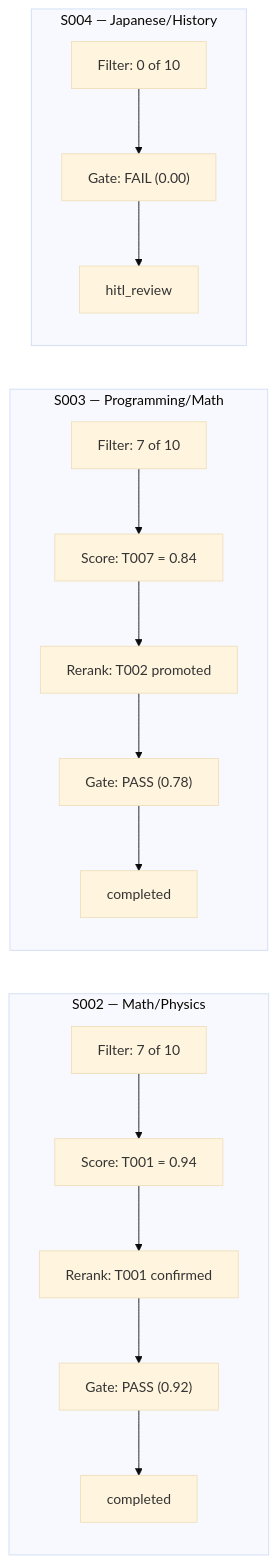
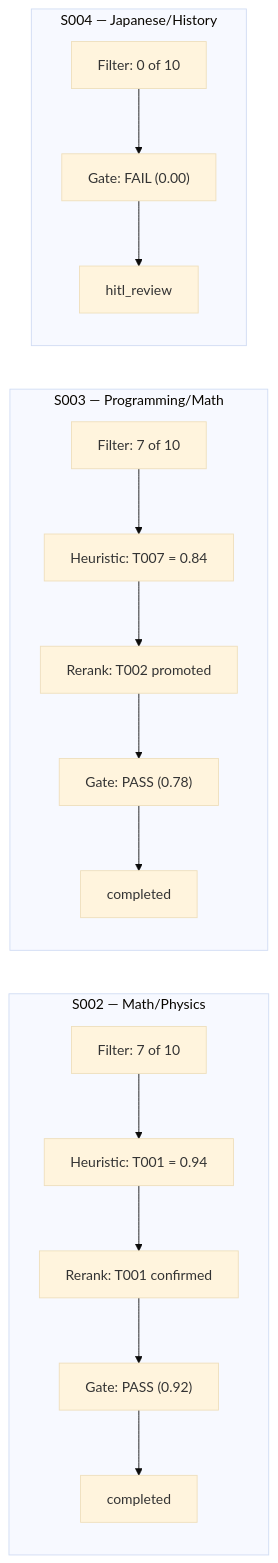
The second of 2 diagrams in output.md (JackTran15/TF_AI_Engineer_Assignment), drawn with Mermaid (base theme) before and after one commit. The commit also changed other lines of this file and 8 other files, not shown here.

````diff
--- a/output.md
+++ b/output.md
@@ -565,27 +568,27 @@
 ```mermaid
 flowchart LR
     subgraph s002 ["S002 — Math/Physics"]
         s002_filter["Filter: 7 of 10"]
-        s002_score["Score: T001 = 0.94"]
+        s002_score["Heuristic: T001 = 0.94"]
         s002_rerank["Rerank: T001 confirmed"]
         s002_gate["Gate: PASS (0.92)"]
         s002_out["completed"]
         s002_filter --> s002_score --> s002_rerank --> s002_gate --> s002_out
     end
 
     subgraph s003 ["S003 — Programming/Math"]
         s003_filter["Filter: 7 of 10"]
-        s003_score["Score: T007 = 0.84"]
+        s003_score["Heuristic: T007 = 0.84"]
         s003_rerank["Rerank: T002 promoted"]
         s003_gate["Gate: PASS (0.78)"]
         s003_out["completed"]
         s003_filter --> s003_score --> s003_rerank --> s003_gate --> s003_out
     end
 
     subgraph s004 ["S004 — Japanese/History"]
         s004_filter["Filter: 0 of 10"]
         s004_gate["Gate: FAIL (0.00)"]
         s004_out["hitl_review"]
         s004_filter --> s004_gate --> s004_out
     end
 ```
````
